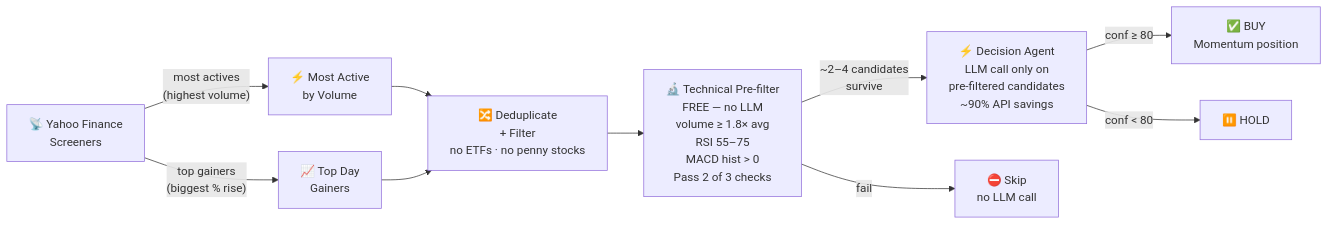
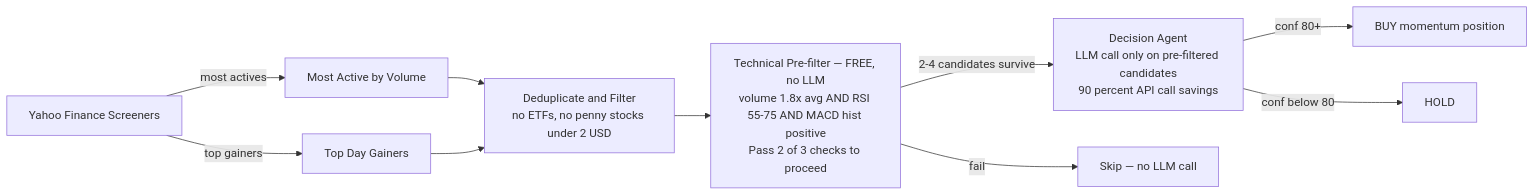
Before and after one commit to vanrajbohra-ds/trading-bot: the fourth of 6 diagrams in README.md, drawn with Mermaid. The commit also changed other lines of this file, not shown here.

First line of the commit message:
Fix Mermaid diagram syntax for GitHub renderer

````diff
--- a/README.md
+++ b/README.md
@@ -97,18 +80,18 @@
 ```mermaid
 flowchart LR
-    YF["📡 Yahoo Finance\nScreeners"]
+    YF["Yahoo Finance Screeners"]
 
-    YF -->|"most actives\n(highest volume)"| A["⚡ Most Active\nby Volume"]
-    YF -->|"top gainers\n(biggest % rise)"| B["📈 Top Day\nGainers"]
+    YF -->|"most actives"| A["Most Active by Volume"]
+    YF -->|"top gainers"| B["Top Day Gainers"]
 
-    A & B --> DEDUP["🔀 Deduplicate\n+ Filter\nno ETFs · no penny stocks"]
+    A --> DEDUP["Deduplicate and Filter\nno ETFs, no penny stocks under 2 USD"]
+    B --> DEDUP
 
-    DEDUP --> PRE["🔬 Technical Pre-filter\nFREE — no LLM\nvolume ≥ 1.8× avg\nRSI 55–75\nMACD hist > 0\nPass 2 of 3 checks"]
+    DEDUP --> PRE["Technical Pre-filter — FREE, no LLM\nvolume 1.8x avg AND RSI 55-75 AND MACD hist positive\nPass 2 of 3 checks to proceed"]
 
-    PRE -->|"~2–4 candidates\nsurvive"| LLM["⚡ Decision Agent\nLLM call only on\npre-filtered candidates\n~90% API savings"]
+    PRE -->|"2-4 candidates survive"| LLM["Decision Agent\nLLM call only on pre-filtered candidates\n90 percent API call savings"]
+    PRE -->|"fail"| SKIP["Skip — no LLM call"]
 
-    PRE -->|"fail"| SKIP["⛔ Skip\nno LLM call"]
-
-    LLM -->|"conf ≥ 80"| BUY["✅ BUY\nMomentum position"]
-    LLM -->|"conf < 80"| HOLD["⏸️ HOLD"]
+    LLM -->|"conf 80+"| BUY["BUY momentum position"]
+    LLM -->|"conf below 80"| HOLD["HOLD"]
 ```
````
